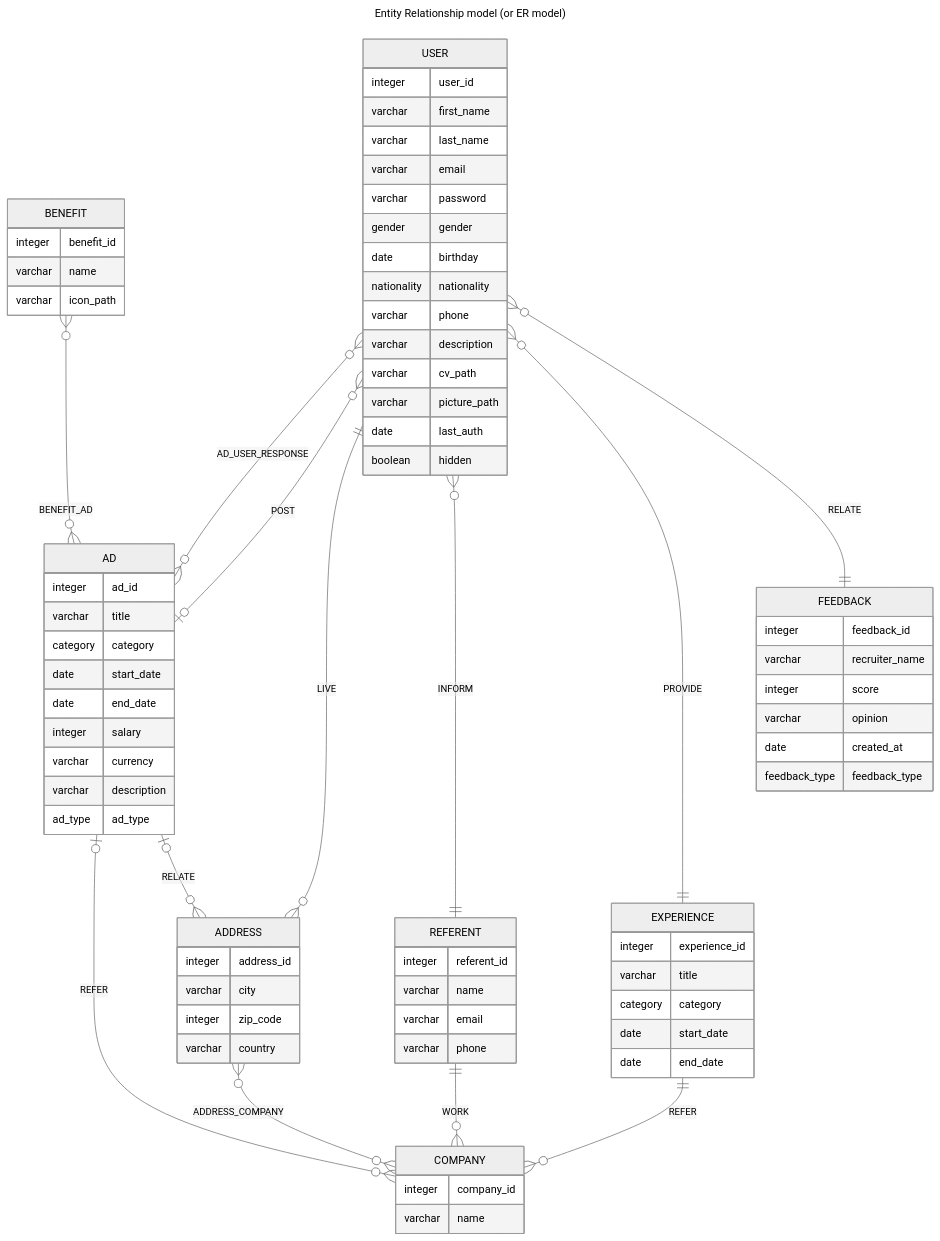
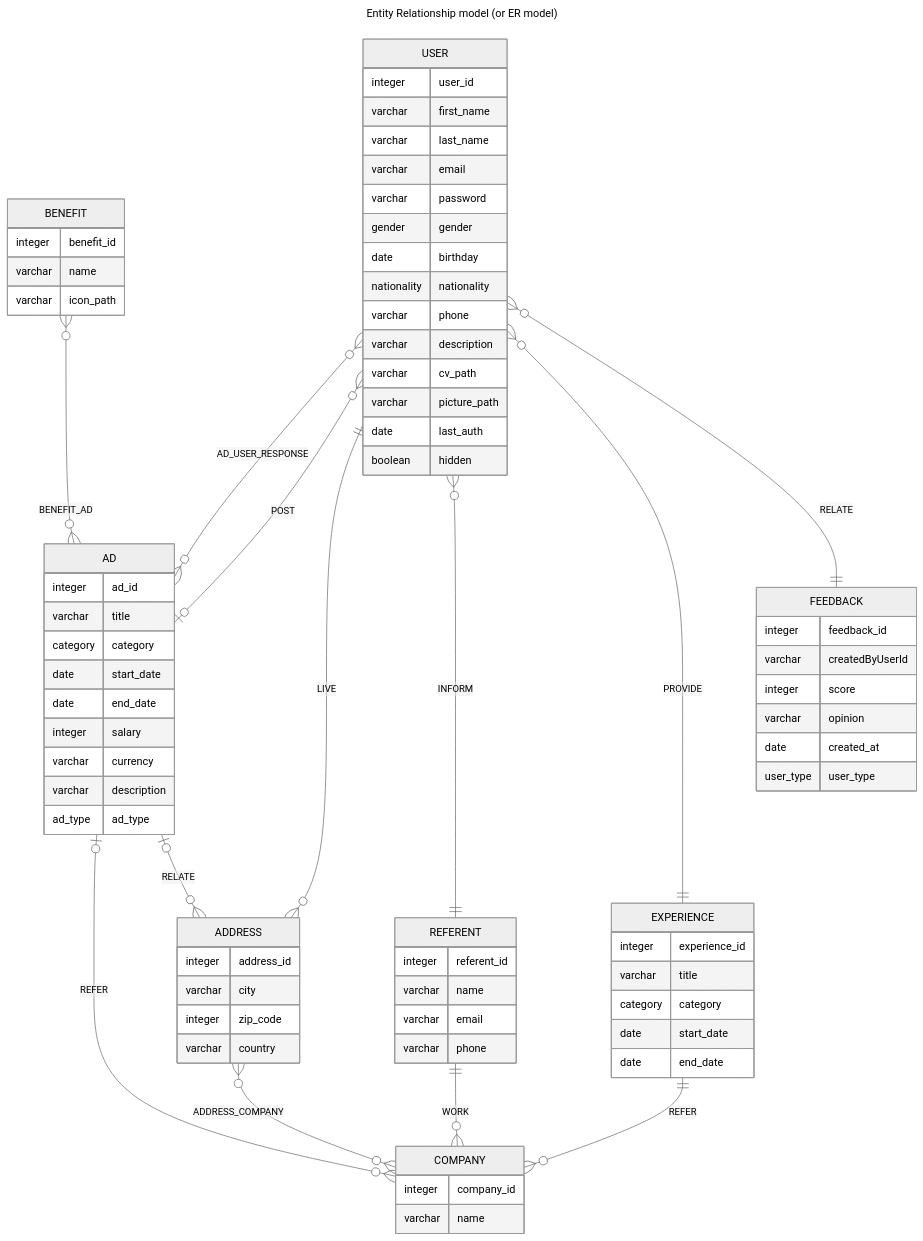
Before and after one commit to sylvain-pierrot/seasonal-workers: the diagram in Documentation/RDBMS.md, drawn with Mermaid (neutral theme).

Commit message:
Update feedback table RDBMS.md (#36)

````diff
--- a/Documentation/RDBMS.md
+++ b/Documentation/RDBMS.md
@@ -28,81 +28,81 @@
 ```mermaid
 ---
 title: Entity Relationship model (or ER model)
 ---
 erDiagram
     BENEFIT {
         integer benefit_id
         varchar name
         varchar icon_path
     }
     AD {
         integer ad_id
         varchar title
         category category
         date start_date
         date end_date
         integer salary
         varchar currency
         varchar description
         ad_type ad_type
     }
     COMPANY {
         integer company_id
         varchar name
     }
     EXPERIENCE {
         integer experience_id
         varchar title
         category category
         date start_date
         date end_date
     }
     USER {
         integer user_id
         varchar first_name
         varchar last_name
         varchar email
         varchar password
         gender gender
         date birthday
         nationality nationality
         varchar phone
         varchar description
         varchar cv_path
         varchar picture_path
         date last_auth
         boolean hidden
     }
     ADDRESS {
         integer address_id
         varchar city
         integer zip_code
         varchar country
     }
     REFERENT {
         integer referent_id
         varchar name
         varchar email
         varchar phone
     }
     FEEDBACK {
         integer feedback_id
-        varchar recruiter_name
+        varchar createdByUserId
         integer score
         varchar opinion
         date created_at
-        feedback_type feedback_type
+        user_type user_type
     }
     BENEFIT o{--}o AD : "BENEFIT_AD"
     AD o|--}o COMPANY : "REFER"
     AD o|--}o ADDRESS : "RELATE"
     USER o{--}o AD : "AD_USER_RESPONSE"
     EXPERIENCE ||--}o COMPANY : "REFER"
     USER o{--o| AD : "POST"
     USER ||--}o ADDRESS : "LIVE"
     USER o{--|| REFERENT : "INFORM"
     USER o{--|| EXPERIENCE : "PROVIDE"
     USER o{--|| FEEDBACK : "RELATE"
     ADDRESS o{--}o COMPANY : "ADDRESS_COMPANY"
     REFERENT ||--}o COMPANY : "WORK"
 ```
````
